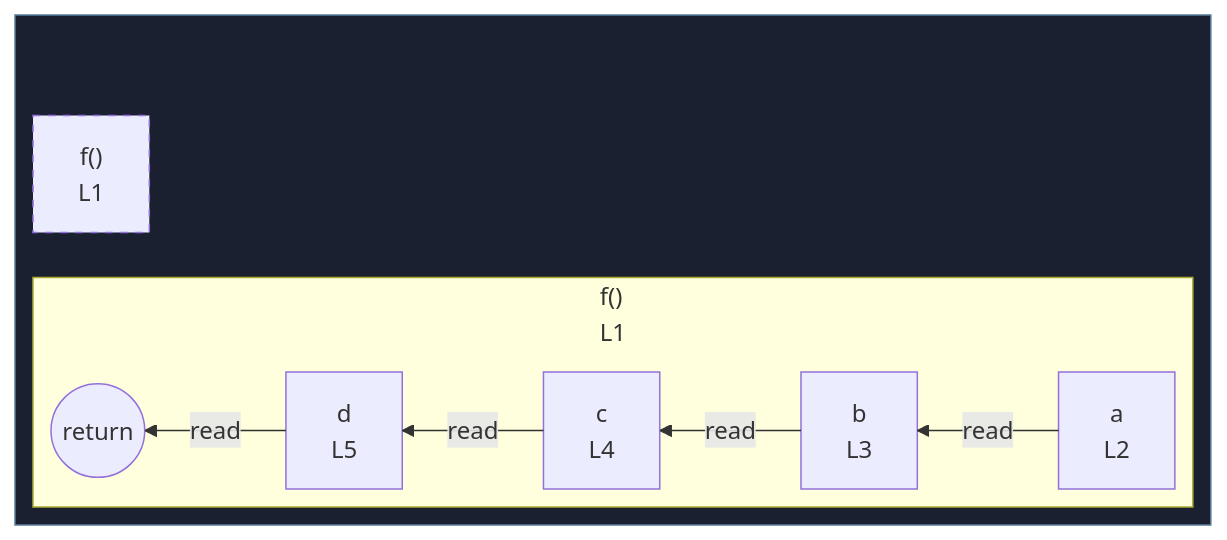
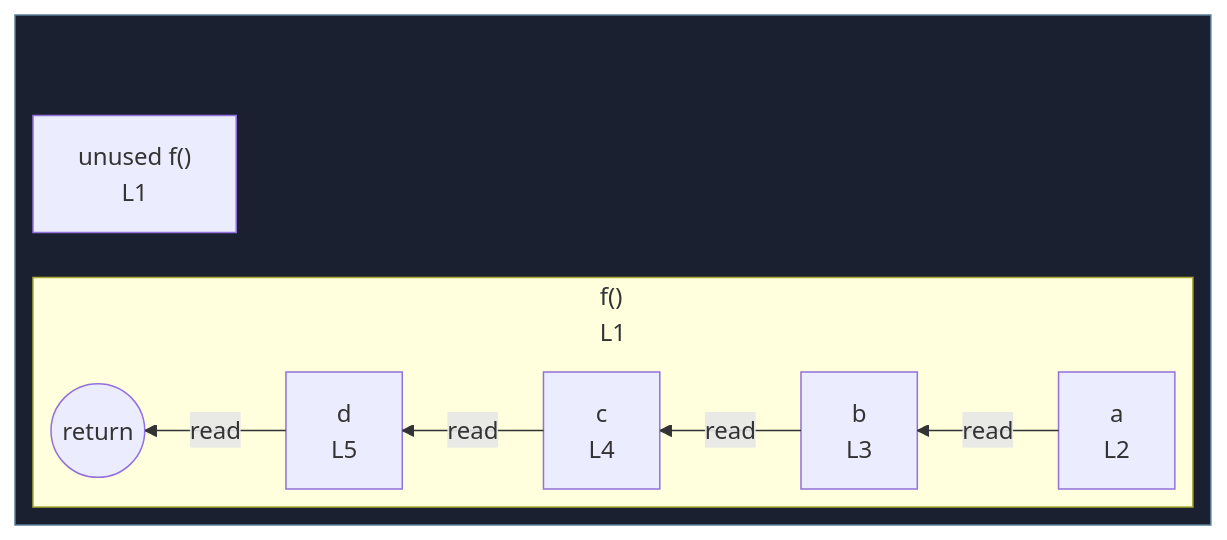
The diagram in integration/fixtures/minimal-function-chain/preview.md (crescware/unsnarl), drawn with Mermaid before and after one commit. The commit also changed 75 other files, not shown here.

````diff
--- a/integration/fixtures/minimal-function-chain/preview.md
+++ b/integration/fixtures/minimal-function-chain/preview.md
@@ -17,24 +17,22 @@
 ```mermaid
 %%{init: {"flowchart": {"defaultRenderer": "elk"}}}%%
 flowchart RL
   subgraph wrap_s_scope_1[" "]
     direction TB
-    n_scope_0_f_9["f()<br/>L1"]
+    n_scope_0_f_9["unused f()<br/>L1"]
     subgraph s_scope_1["f()<br/>L1"]
       direction RL
       return_scope_0_f_9((return))
       n_scope_1_a_23["a<br/>L2"]
       n_scope_1_b_40["b<br/>L3"]
       n_scope_1_c_57["c<br/>L4"]
       n_scope_1_d_83["d<br/>L5"]
     end
   end
   n_scope_1_a_23 -->|read| n_scope_1_b_40
   n_scope_1_b_40 -->|read| n_scope_1_c_57
   n_scope_1_c_57 -->|read| n_scope_1_d_83
   n_scope_1_d_83 -->|read| return_scope_0_f_9
   classDef fnWrap fill:#1a2030,stroke:#5a7d99;
   class wrap_s_scope_1 fnWrap;
-  classDef unused stroke-dasharray: 5 5;
-  class n_scope_0_f_9 unused;
 ```
````
